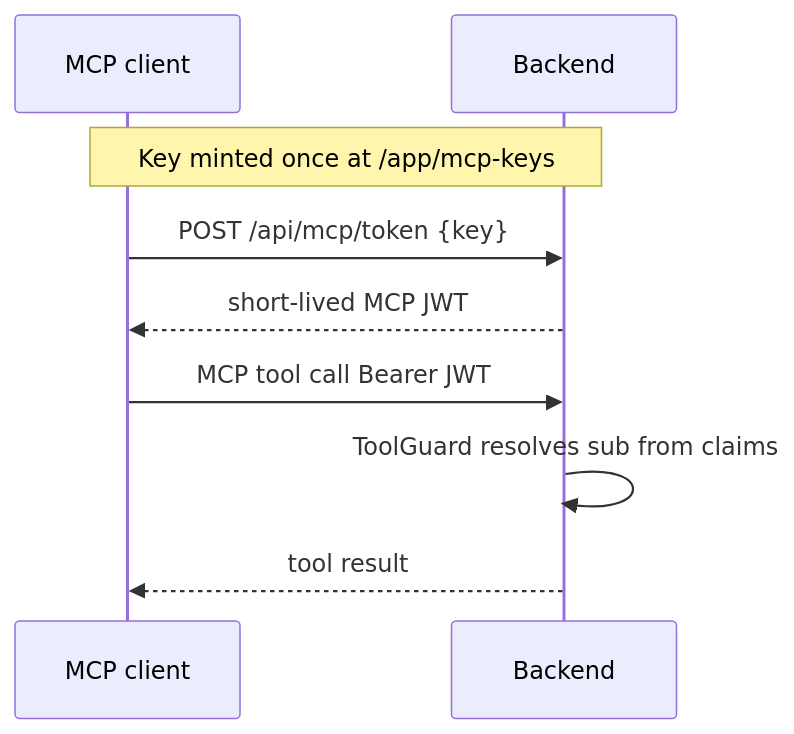
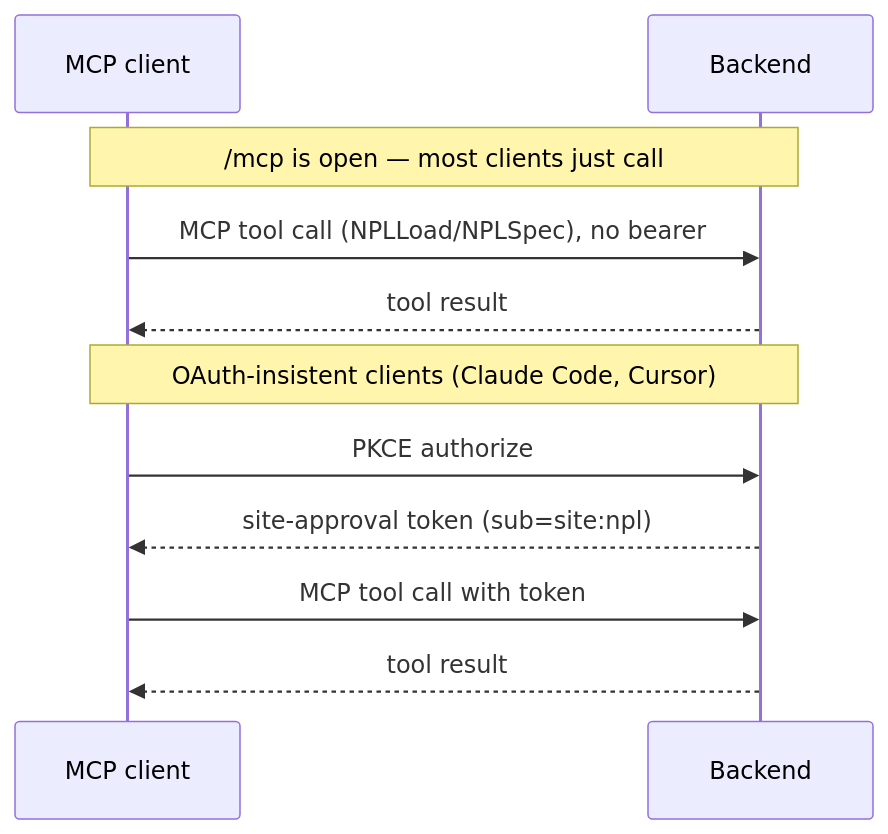
One commit to noizu-labs-ml/NoizuPromptLingo changed the third of 3 diagrams in docs/PROJ-ARCH.md. Above: the diagram before and after it, drawn with Mermaid. The commit also changed other lines of this file and 8 other files, not shown here.

Commit message:
docs: refresh layout/schema/arch + add threat model (2026-10-07 fleet sweep)

````diff
--- a/docs/PROJ-ARCH.md
+++ b/docs/PROJ-ARCH.md
@@ -127,12 +126,14 @@
 ```mermaid
 sequenceDiagram
   participant Agent as MCP client
   participant BE as Backend
 
-  Note over Agent,BE: Key minted once at /app/mcp-keys
-  Agent->>BE: POST /api/mcp/token {key}
-  BE-->>Agent: short-lived MCP JWT
-  Agent->>BE: MCP tool call Bearer JWT
-  BE->>BE: ToolGuard resolves sub from claims
+  Note over Agent,BE: /mcp is open — most clients just call
+  Agent->>BE: MCP tool call (NPLLoad/NPLSpec), no bearer
+  BE-->>Agent: tool result
+  Note over Agent,BE: OAuth-insistent clients (Claude Code, Cursor)
+  Agent->>BE: PKCE authorize
+  BE-->>Agent: site-approval token (sub=site:npl)
+  Agent->>BE: MCP tool call with token
   BE-->>Agent: tool result
 ```
````
